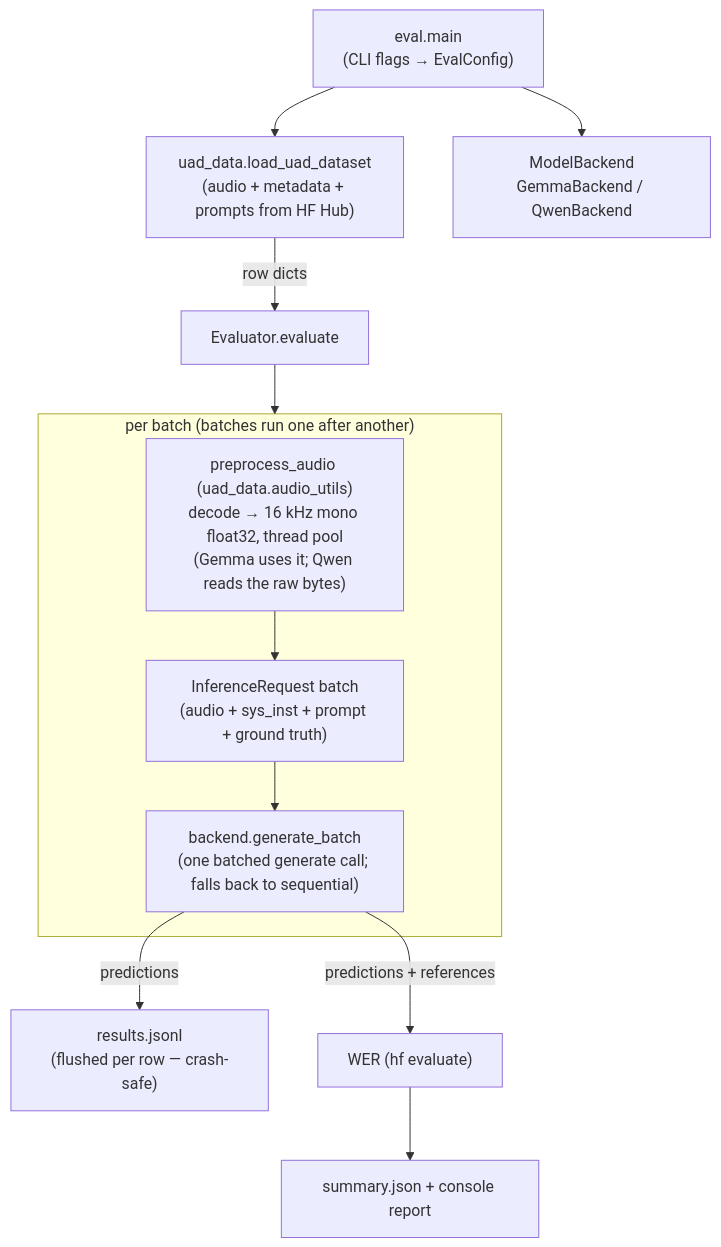
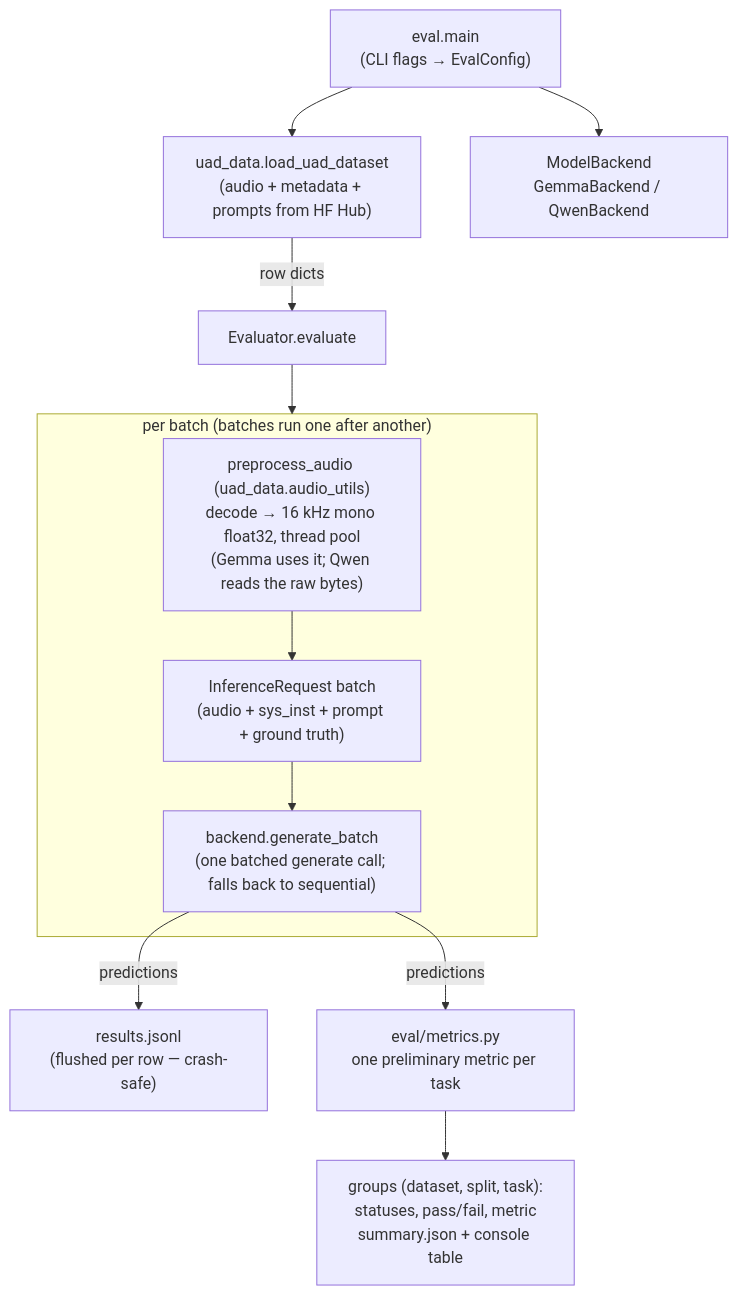
The diagram in eval/README.md (derkmed/universal_audio_instruct), drawn with Mermaid before and after one commit. The commit also changed other lines of this file and 5 other files, not shown here.

First line of the commit message:
Give every eval row a status, and every group a verdict and a metric

````diff
--- a/eval/README.md
+++ b/eval/README.md
@@ -17,18 +17,18 @@
 ```mermaid
 flowchart TD
     CLI["eval.main<br/>(CLI flags → EvalConfig)"] --> LOADER["uad_data.load_uad_dataset<br/>(audio + metadata + prompts from HF Hub)"]
     CLI --> BE["ModelBackend<br/>GemmaBackend / QwenBackend"]
     LOADER -- "row dicts" --> EV["Evaluator.evaluate"]
 
     subgraph BATCH["per batch (batches run one after another)"]
         PRE["preprocess_audio (uad_data.audio_utils)<br/>decode → 16 kHz mono float32, thread pool<br/>(Gemma uses it; Qwen reads the raw bytes)"]
         REQ["InferenceRequest batch<br/>(audio + sys_inst + prompt + ground truth)"]
         GEN["backend.generate_batch<br/>(one batched generate call; falls back to sequential)"]
         PRE --> REQ --> GEN
     end
 
     EV --> BATCH
     GEN -- "predictions" --> JSONL["results.jsonl<br/>(flushed per row — crash-safe)"]
-    GEN -- "predictions + references" --> WER["WER (hf evaluate)"]
-    WER --> SUM["summary.json + console report"]
+    GEN -- "predictions" --> SCORE["eval/metrics.py<br/>one preliminary metric per task"]
+    SCORE --> SUM["groups (dataset, split, task):<br/>statuses, pass/fail, metric<br/>summary.json + console table"]
 ```
````
